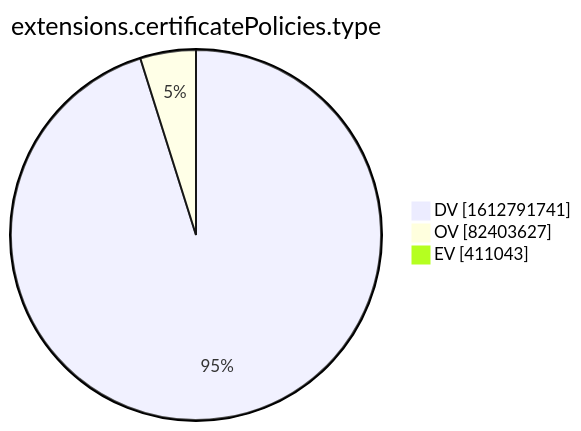
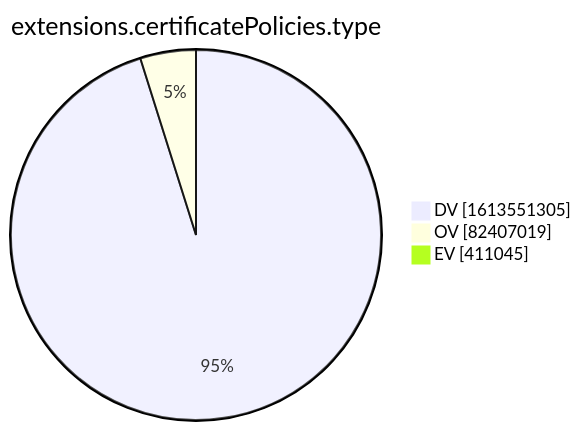
Before and after one commit to christiankrug/ctmonitor_visualization: the tenth of 15 diagrams in xenon2022/README.md, drawn with Mermaid. The commit also changed other lines of this file, not shown here.

````diff
--- a/xenon2022/README.md
+++ b/xenon2022/README.md
@@ -2878,7 +2878,7 @@
 ```mermaid
 pie showData
 title extensions.certificatePolicies.type
-"DV" :1612791741
-"OV" :82403627
-"EV" :411043
+"DV" :1613551305
+"OV" :82407019
+"EV" :411045
 ```
````
